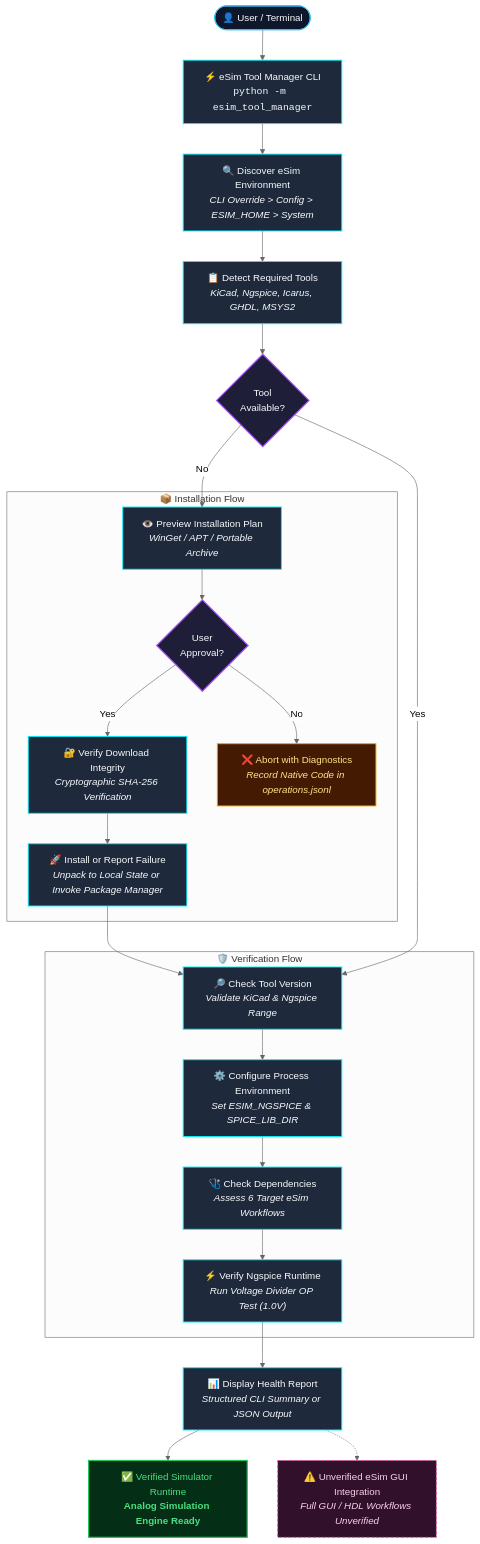
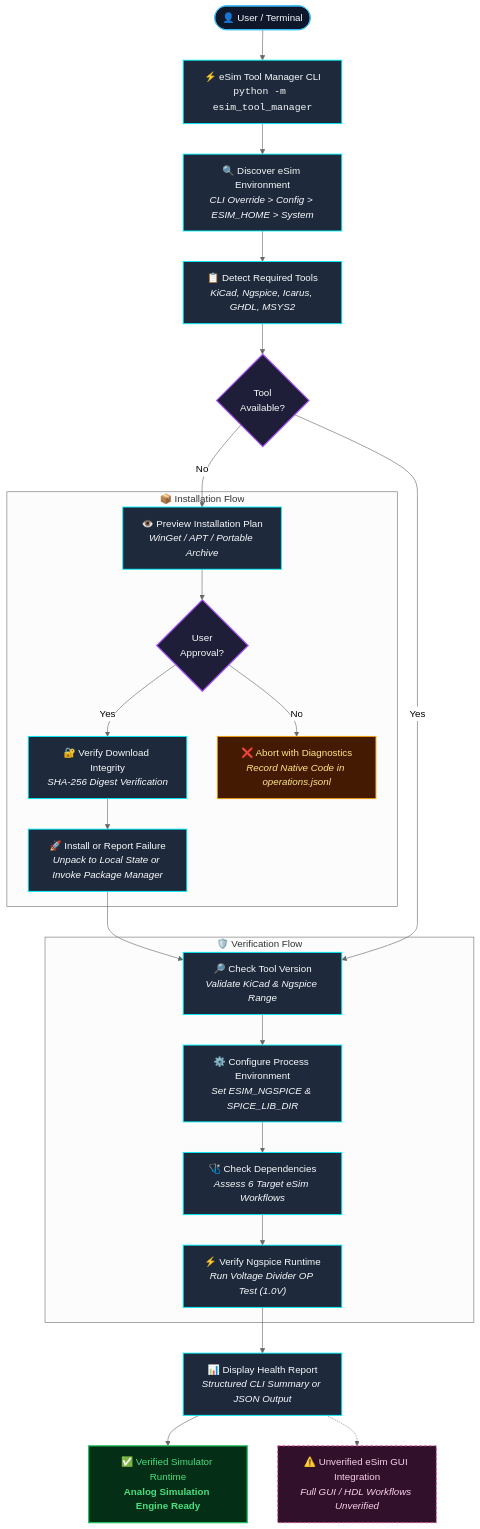
Before and after one commit to Prasanna-cyber77/eSim-Tool-Manager: the diagram in README.md, drawn with Mermaid (neutral theme). The commit also changed other lines of this file and 9 other files, not shown here.

````diff
--- a/README.md
+++ b/README.md
@@ -57,56 +58,56 @@
 ```mermaid
 flowchart TD
     classDef default fill:#0f172a,stroke:#38bdf8,stroke-width:1.5px,color:#f8fafc;
     classDef action fill:#1e293b,stroke:#00f2fe,stroke-width:1.5px,color:#f8fafc;
     classDef decision fill:#1e1e38,stroke:#a855f7,stroke-width:2px,color:#f8fafc;
     classDef verified fill:#052e16,stroke:#22c55e,stroke-width:2px,color:#4ade80;
     classDef warning fill:#451a03,stroke:#f59e0b,stroke-width:1.5px,color:#fde68a;
     classDef unverified fill:#31102b,stroke:#ec4899,stroke-width:1.5px,stroke-dasharray: 4 4,color:#fbcfe8;
 
     User(["👤 User / Terminal"]):::default
     CLI["⚡ eSim Tool Manager CLI\n<code>python -m esim_tool_manager</code>"]:::action
     Discover["🔍 Discover eSim Environment\n<i>CLI Override &gt; Config &gt; ESIM_HOME &gt; System</i>"]:::action
     Detect["📋 Detect Required Tools\n<i>KiCad, Ngspice, Icarus, GHDL, MSYS2</i>"]:::action
     CheckAvail{"Tool\nAvailable?"}:::decision
 
     subgraph InstallFlow ["📦 Installation Flow"]
         Preview["👁️ Preview Installation Plan\n<i>WinGet / APT / Portable Archive</i>"]:::action
         Approval{"User\nApproval?"}:::decision
-        VerifyDL["🔐 Verify Download Integrity\n<i>Cryptographic SHA-256 Verification</i>"]:::action
+        VerifyDL["🔐 Verify Download Integrity\n<i>SHA-256 Digest Verification</i>"]:::action
         InstallAction["🚀 Install or Report Failure\n<i>Unpack to Local State or Invoke Package Manager</i>"]:::action
         ReportFail["❌ Abort with Diagnostics\n<i>Record Native Code in operations.jsonl</i>"]:::warning
     end
 
     subgraph VerifyFlow ["🛡️ Verification Flow"]
         CheckVer["🔎 Check Tool Version\n<i>Validate KiCad &amp; Ngspice Range</i>"]:::action
         Configure["⚙️ Configure Process Environment\n<i>Set ESIM_NGSPICE &amp; SPICE_LIB_DIR</i>"]:::action
         CheckDep["🩺 Check Dependencies\n<i>Assess 6 Target eSim Workflows</i>"]:::action
         VerifyRun["⚡ Verify Ngspice Runtime\n<i>Run Voltage Divider OP Test (1.0V)</i>"]:::action
     end
 
     Report["📊 Display Health Report\n<i>Structured CLI Summary or JSON Output</i>"]:::action
 
     ScopeSim["✅ Verified Simulator Runtime\n<b>Analog Simulation Engine Ready</b>"]:::verified
     ScopeGUI["⚠️ Unverified eSim GUI Integration\n<i>Full GUI / HDL Workflows Unverified</i>"]:::unverified
 
     User --> CLI
     CLI --> Discover
     Discover --> Detect
     Detect --> CheckAvail
 
     CheckAvail -- No --> Preview
     Preview --> Approval
     Approval -- Yes --> VerifyDL
     Approval -- No --> ReportFail
     VerifyDL --> InstallAction
     InstallAction --> CheckVer
 
     CheckAvail -- Yes --> CheckVer
     CheckVer --> Configure
     Configure --> CheckDep
     CheckDep --> VerifyRun
     VerifyRun --> Report
 
     Report --> ScopeSim
     Report -.-> ScopeGUI
 ```
````
